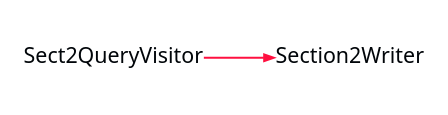
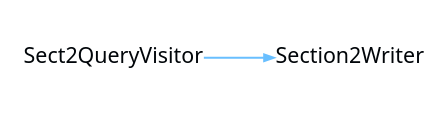
One commit to CharlesCarley/MdDox changed the diagram in Current/images/internal-diagram-52.dot. Above: the diagram before and after it, drawn with Graphviz. The commit also changed 124 other files, not shown here.

```diff
--- a/Current/images/internal-diagram-52.dot
+++ b/Current/images/internal-diagram-52.dot
@@ -1,26 +1,26 @@
 digraph {
  rankdir = "LR"
  bgcolor = none;
  layout  = dot;
  edge [
    arrowsize = "0.5"
-   color     = "#FF1040FF"
+   color     = "#69BFFFFF"
  ]
- dOoRrGf[
+ d75cf2Z[
    shape    = none
    label    = "Sect2QueryVisitor"
    margin   = "0.01"
    fontname = "Segoe UI"
    fontsize = "11"
    fontcolor= "#010509FF"
  ]
- WZoRrGf[
+ dWIcf2Z[
    shape    = none
    label    = "Section2Writer"
    margin   = "0.01"
    fontname = "Segoe UI"
    fontsize = "11"
    fontcolor= "#010509FF"
  ]
- dOoRrGf->WZoRrGf
+ d75cf2Z->dWIcf2Z
 }
```
